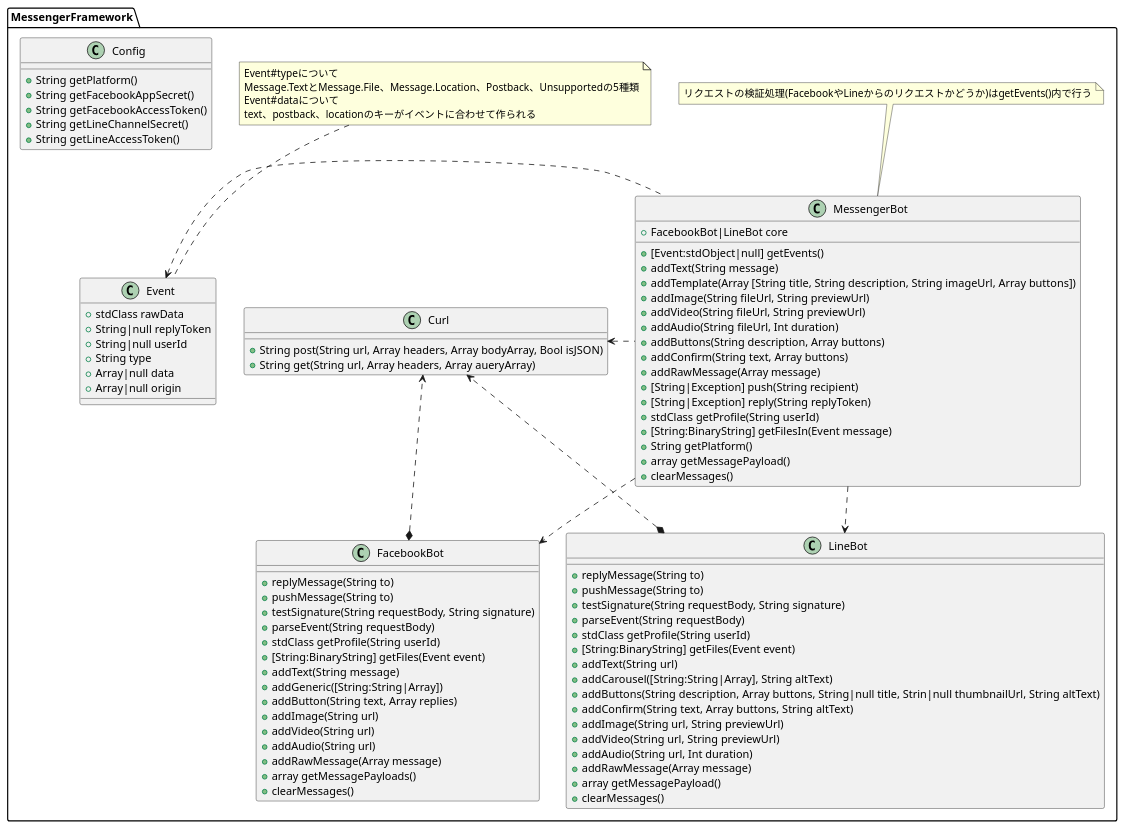
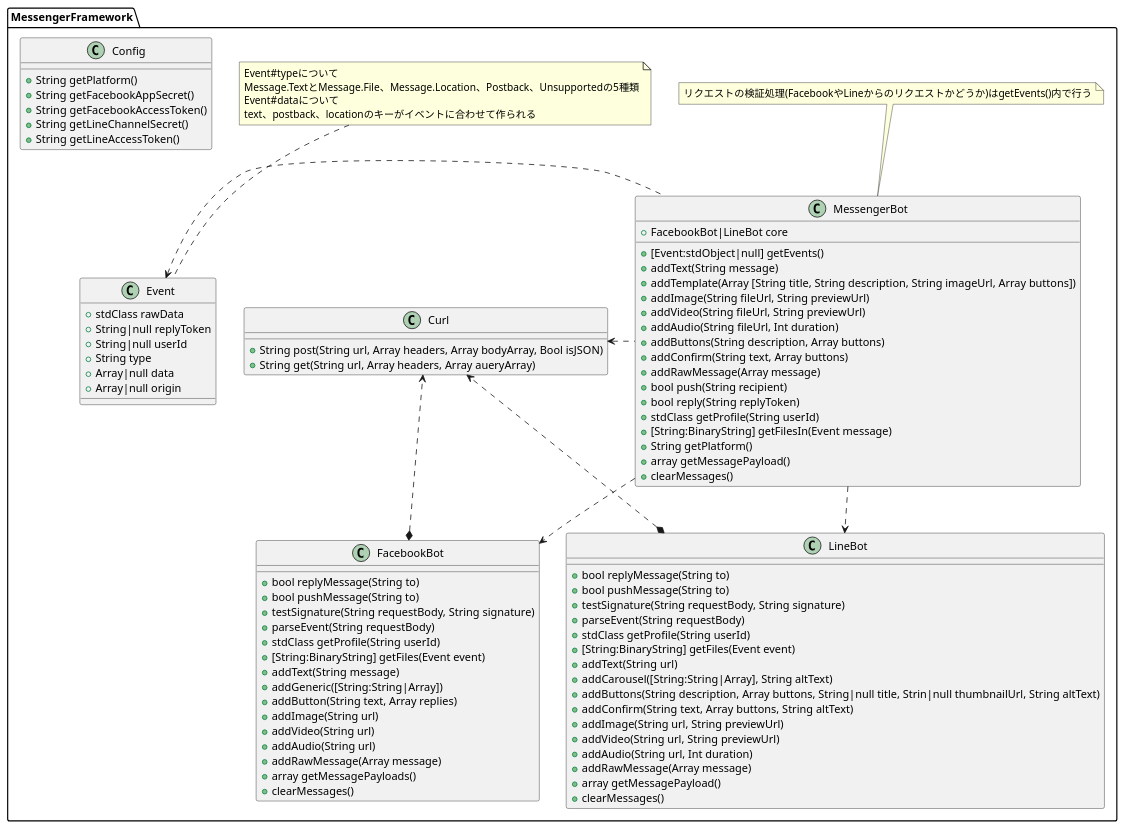
Before and after one commit to genies-inc/messenger-framework: the diagram in docs/class-spec.puml, drawn with PlantUML. The commit also changed 4 other files, not shown here.

```diff
--- a/docs/class-spec.puml
+++ b/docs/class-spec.puml
@@ -1,108 +1,108 @@
 @startuml
 
 namespace MessengerFramework {
 
   class Event {
     + stdClass rawData
     + String|null replyToken
     + String|null userId
     + String type
     + Array|null data
     + Array|null origin
   }
 
   note top of Event
     Event#typeについて
     Message.TextとMessage.File、Message.Location、Postback、Unsupportedの5種類
     Event#dataについて
     text、postback、locationのキーがイベントに合わせて作られる
   end note
 
   class MessengerBot {
     + FacebookBot|LineBot core
     + [Event:stdObject|null] getEvents()
     + addText(String message)
     + addTemplate(Array [String title, String description, String imageUrl, Array buttons])
     + addImage(String fileUrl, String previewUrl)
     + addVideo(String fileUrl, String previewUrl)
     + addAudio(String fileUrl, Int duration)
     + addButtons(String description, Array buttons)
     + addConfirm(String text, Array buttons)
     + addRawMessage(Array message)
-    + [String|Exception] push(String recipient)
-    + [String|Exception] reply(String replyToken)
+    + bool push(String recipient)
+    + bool reply(String replyToken)
     + stdClass getProfile(String userId)
     + [String:BinaryString] getFilesIn(Event message)
     + String getPlatform()
     + array getMessagePayload()
     + clearMessages()
   }
 
   note top of MessengerBot
     リクエストの検証処理(FacebookやLineからのリクエストかどうか)はgetEvents()内で行う
   end note
 
   class FacebookBot {
-    + replyMessage(String to)
-    + pushMessage(String to)
+    + bool replyMessage(String to)
+    + bool pushMessage(String to)
     + testSignature(String requestBody, String signature)
     + parseEvent(String requestBody)
     + stdClass getProfile(String userId)
     + [String:BinaryString] getFiles(Event event)
     + addText(String message)
     + addGeneric([String:String|Array])
     + addButton(String text, Array replies)
     + addImage(String url)
     + addVideo(String url)
     + addAudio(String url)
     + addRawMessage(Array message)
     + array getMessagePayloads()
     + clearMessages()
   }
 
   class LineBot {
-    + replyMessage(String to)
-    + pushMessage(String to)
+    + bool replyMessage(String to)
+    + bool pushMessage(String to)
     + testSignature(String requestBody, String signature)
     + parseEvent(String requestBody)
     + stdClass getProfile(String userId)
     + [String:BinaryString] getFiles(Event event)
     + addText(String url)
     + addCarousel([String:String|Array], String altText)
     + addButtons(String description, Array buttons, String|null title, Strin|null thumbnailUrl, String altText)
     + addConfirm(String text, Array buttons, String altText)
     + addImage(String url, String previewUrl)
     + addVideo(String url, String previewUrl)
     + addAudio(String url, Int duration)
     + addRawMessage(Array message)
     + array getMessagePayload()
     + clearMessages()
   }
 
   class Curl {
     + String post(String url, Array headers, Array bodyArray, Bool isJSON)
     + String get(String url, Array headers, Array aueryArray)
   }
 
   class Config {
     + String getPlatform()
     + String getFacebookAppSecret()
     + String getFacebookAccessToken()
     + String getLineChannelSecret()
     + String getLineAccessToken()
   }
 
 }
 
 ' MessengerFramework内の関連
 
 MessengerFramework.MessengerBot .d.> MessengerFramework.FacebookBot
 MessengerFramework.MessengerBot .d.> MessengerFramework.LineBot
 MessengerFramework.MessengerBot .l.> MessengerFramework.Curl
 MessengerFramework.MessengerBot .l.> MessengerFramework.Event
 
 MessengerFramework.FacebookBot *..> MessengerFramework.Curl
 
 MessengerFramework.LineBot *..> MessengerFramework.Curl
 
 @enduml
```
